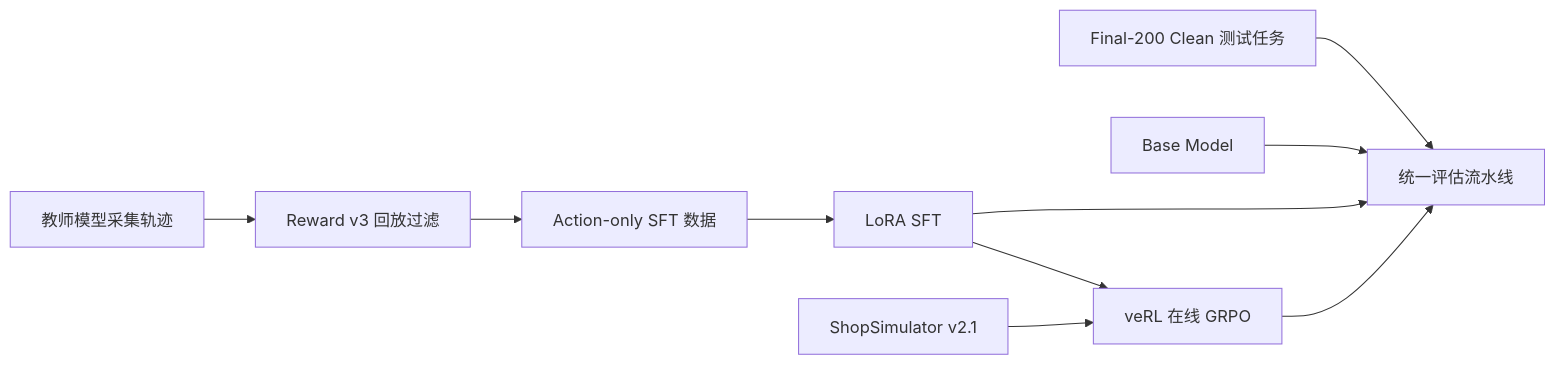
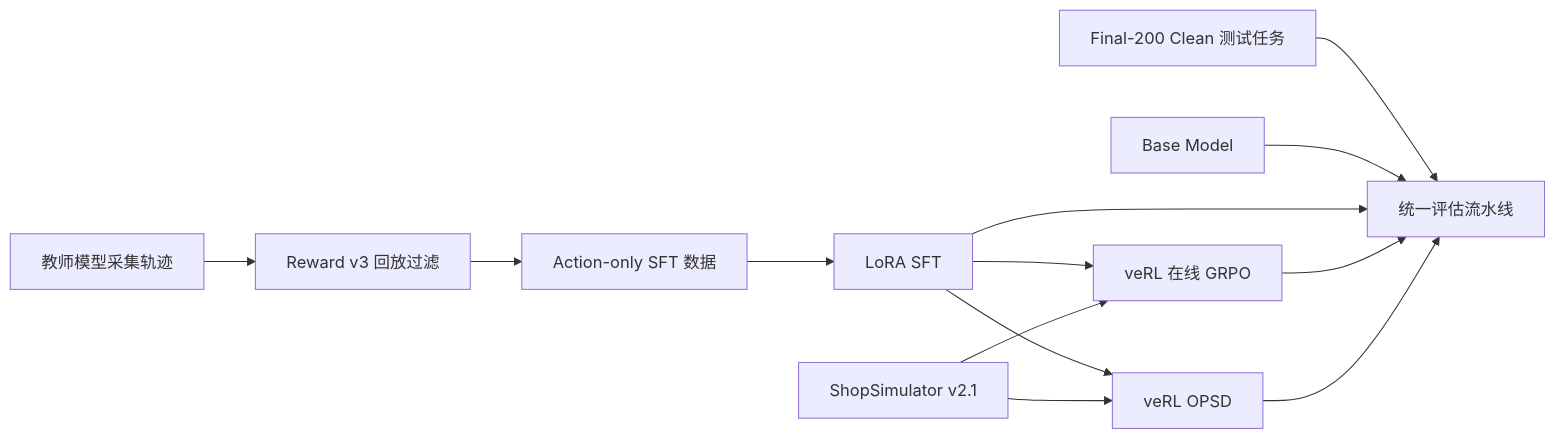
Before and after one commit to love-jr/shopping-grpo-longhorizon: the first of 2 diagrams in README.md, drawn with Mermaid. The commit also changed other lines of this file and 16 other files, not shown here.

````diff
--- a/README.md
+++ b/README.md
@@ -50,12 +50,15 @@
 ```mermaid
 flowchart LR
     A[教师模型采集轨迹] --> B[Reward v3 回放过滤]
     B --> C[Action-only SFT 数据]
     C --> D[LoRA SFT]
     D --> E[veRL 在线 GRPO]
+    D --> E2[veRL OPSD]
     F[ShopSimulator v2.1] --> E
+    F --> E2
     G[Final-200 Clean 测试任务] --> H[统一评估流水线]
     I[Base Model] --> H
     D --> H
     E --> H
+    E2 --> H
 ```
````
